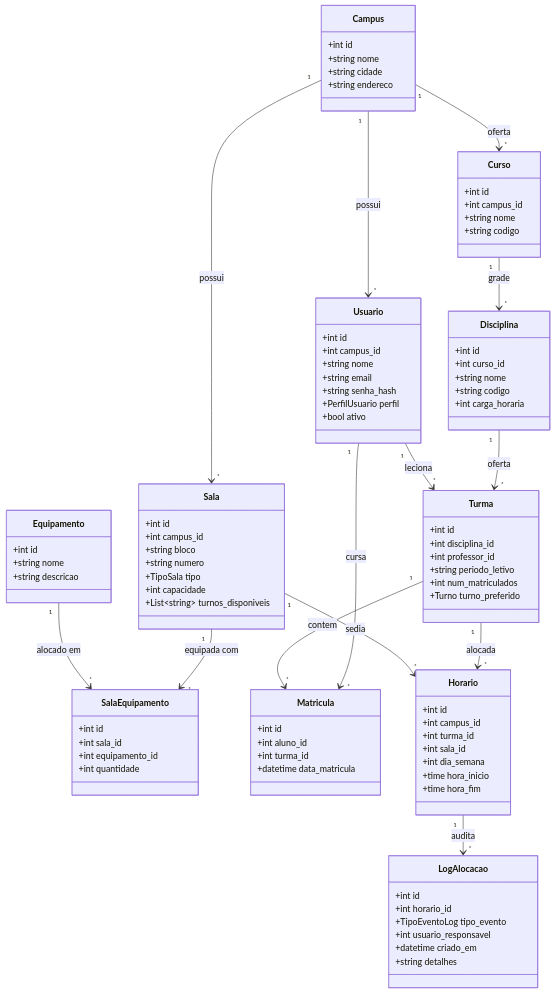
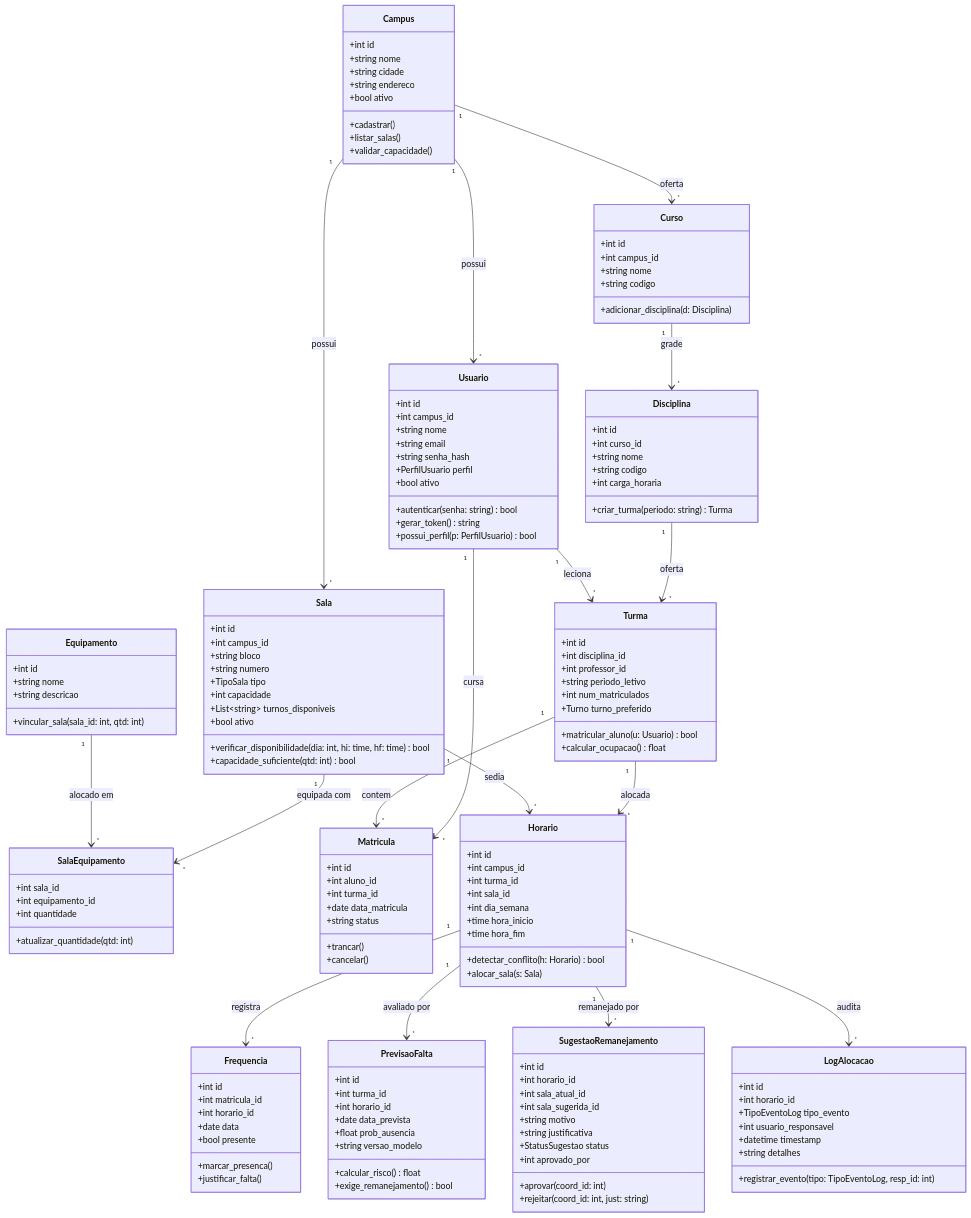
The first of 2 diagrams in docs/entregas/relatorio-sprint02.md (ValdVdC/Fabrica-de-Software-Gerenciador-de-salas), drawn with Mermaid before and after one commit. The commit also changed other lines of this file and 11 other files, not shown here.

````diff
--- a/docs/entregas/relatorio-sprint02.md
+++ b/docs/entregas/relatorio-sprint02.md
@@ -180,6 +180,10 @@
         +string nome
         +string cidade
         +string endereco
+        +bool ativo
+        +cadastrar()
+        +listar_salas()
+        +validar_capacidade()
     }
 
     class Usuario {
@@ -190,6 +194,9 @@
         +string senha_hash
         +PerfilUsuario perfil
         +bool ativo
+        +autenticar(senha: string) bool
+        +gerar_token() string
+        +possui_perfil(p: PerfilUsuario) bool
     }
 
     class Sala {
@@ -200,19 +207,23 @@
         +TipoSala tipo
         +int capacidade
         +List~string~ turnos_disponiveis
+        +bool ativo
+        +verificar_disponibilidade(dia: int, hi: time, hf: time) bool
+        +capacidade_suficiente(qtd: int) bool
     }
 
     class Equipamento {
         +int id
         +string nome
         +string descricao
+        +vincular_sala(sala_id: int, qtd: int)
     }
 
     class SalaEquipamento {
-        +int id
         +int sala_id
         +int equipamento_id
         +int quantidade
+        +atualizar_quantidade(qtd: int)
     }
 
     class Curso {
@@ -220,6 +231,7 @@
         +int campus_id
         +string nome
         +string codigo
+        +adicionar_disciplina(d: Disciplina)
     }
 
     class Disciplina {
@@ -228,6 +240,7 @@
         +string nome
         +string codigo
         +int carga_horaria
+        +criar_turma(periodo: string) Turma
     }
 
     class Turma {
@@ -237,13 +250,18 @@
         +string periodo_letivo
         +int num_matriculados
         +Turno turno_preferido
+        +matricular_aluno(u: Usuario) bool
+        +calcular_ocupacao() float
     }
 
     class Matricula {
         +int id
         +int aluno_id
         +int turma_id
-        +datetime data_matricula
+        +date data_matricula
+        +string status
+        +trancar()
+        +cancelar()
     }
 
     class Horario {
@@ -254,6 +272,42 @@
         +int dia_semana
         +time hora_inicio
         +time hora_fim
+        +detectar_conflito(h: Horario) bool
+        +alocar_sala(s: Sala)
+    }
+
+    class Frequencia {
+        +int id
+        +int matricula_id
+        +int horario_id
+        +date data
+        +bool presente
+        +marcar_presenca()
+        +justificar_falta()
+    }
+
+    class PrevisaoFalta {
+        +int id
+        +int turma_id
+        +int horario_id
+        +date data_prevista
+        +float prob_ausencia
+        +string versao_modelo
+        +calcular_risco() float
+        +exige_remanejamento() bool
+    }
+
+    class SugestaoRemanejamento {
+        +int id
+        +int horario_id
+        +int sala_atual_id
+        +int sala_sugerida_id
+        +string motivo
+        +string justificativa
+        +StatusSugestao status
+        +int aprovado_por
+        +aprovar(coord_id: int)
+        +rejeitar(coord_id: int, just: string)
     }
 
     class LogAlocacao {
@@ -261,8 +315,9 @@
         +int horario_id
         +TipoEventoLog tipo_evento
         +int usuario_responsavel
-        +datetime criado_em
+        +datetime timestamp
         +string detalhes
+        +registrar_evento(tipo: TipoEventoLog, resp_id: int)
     }
 
     Campus "1" --> "*" Usuario : possui
@@ -277,5 +332,8 @@
     Turma "1" --> "*" Matricula : contem
     Turma "1" --> "*" Horario : alocada
     Sala "1" --> "*" Horario : sedia
+    Horario "1" --> "*" Frequencia : registra
+    Horario "1" --> "*" PrevisaoFalta : avaliado por
+    Horario "1" --> "*" SugestaoRemanejamento : remanejado por
     Horario "1" --> "*" LogAlocacao : audita
 ```
````
